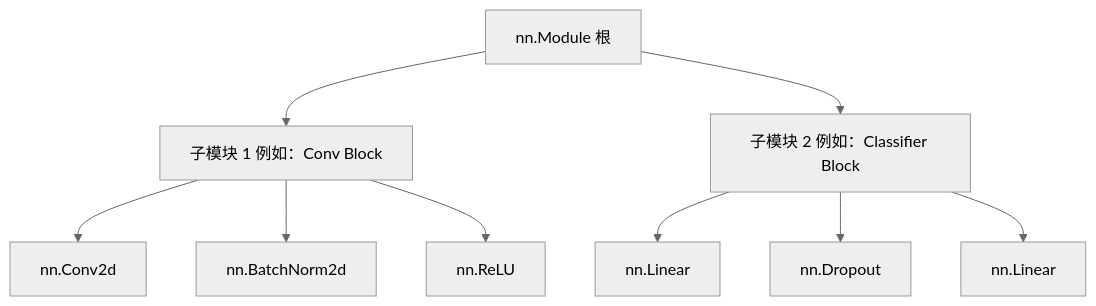
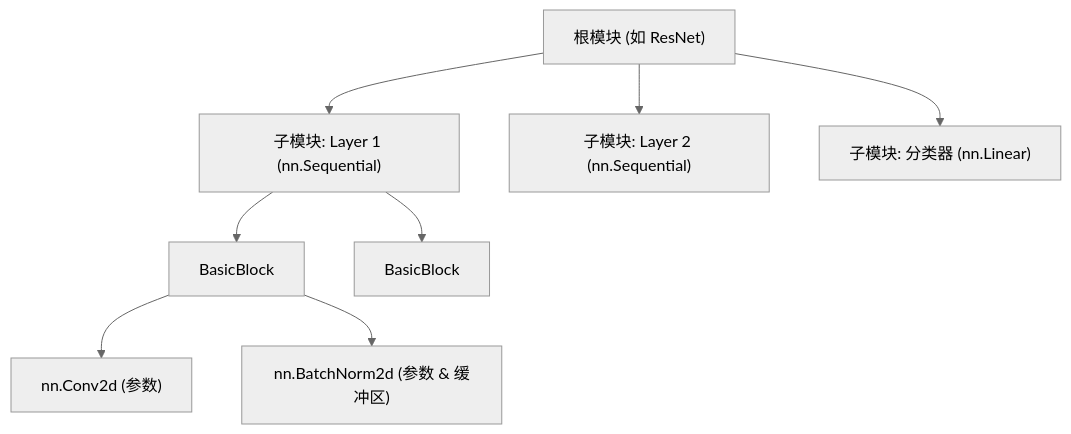
The diagram in i18n/zh-CN/docusaurus-plugin-content-docs/current/deep-learning/pytorch-tutorial/02-core-components/02-models/01-nn-module.mdx (Linshu-Song/knowledge-base), drawn with Mermaid (neutral theme) before and after one commit. The commit also changed other lines of this file and 37 other files, not shown here.

````diff
--- a/i18n/zh-CN/docusaurus-plugin-content-docs/current/deep-learning/pytorch-tutorial/02-core-components/02-models/01-nn-module.mdx
+++ b/i18n/zh-CN/docusaurus-plugin-content-docs/current/deep-learning/pytorch-tutorial/02-core-components/02-models/01-nn-module.mdx
@@ -82,13 +26,12 @@
 ```mermaid
 graph TD
-    A[nn.Module 根] --> B[子模块 1 例如：Conv Block]
-    A --> C[子模块 2 例如：Classifier Block]
+    Root["根模块 (如 ResNet)"] --> Sub1["子模块: Layer 1 (nn.Sequential)"]
+    Root --> Sub2["子模块: Layer 2 (nn.Sequential)"]
+    Root --> FC["子模块: 分类器 (nn.Linear)"]
     
-    B --> B1[nn.Conv2d]
-    B --> B2[nn.BatchNorm2d]
-    B --> B3[nn.ReLU]
+    Sub1 --> Block1["BasicBlock"]
+    Sub1 --> Block2["BasicBlock"]
     
-    C --> C1[nn.Linear]
-    C --> C2[nn.Dropout]
-    C --> C3[nn.Linear]
+    Block1 --> Conv["nn.Conv2d (参数)"]
+    Block1 --> BN["nn.BatchNorm2d (参数 & 缓冲区)"]
 ```
````
